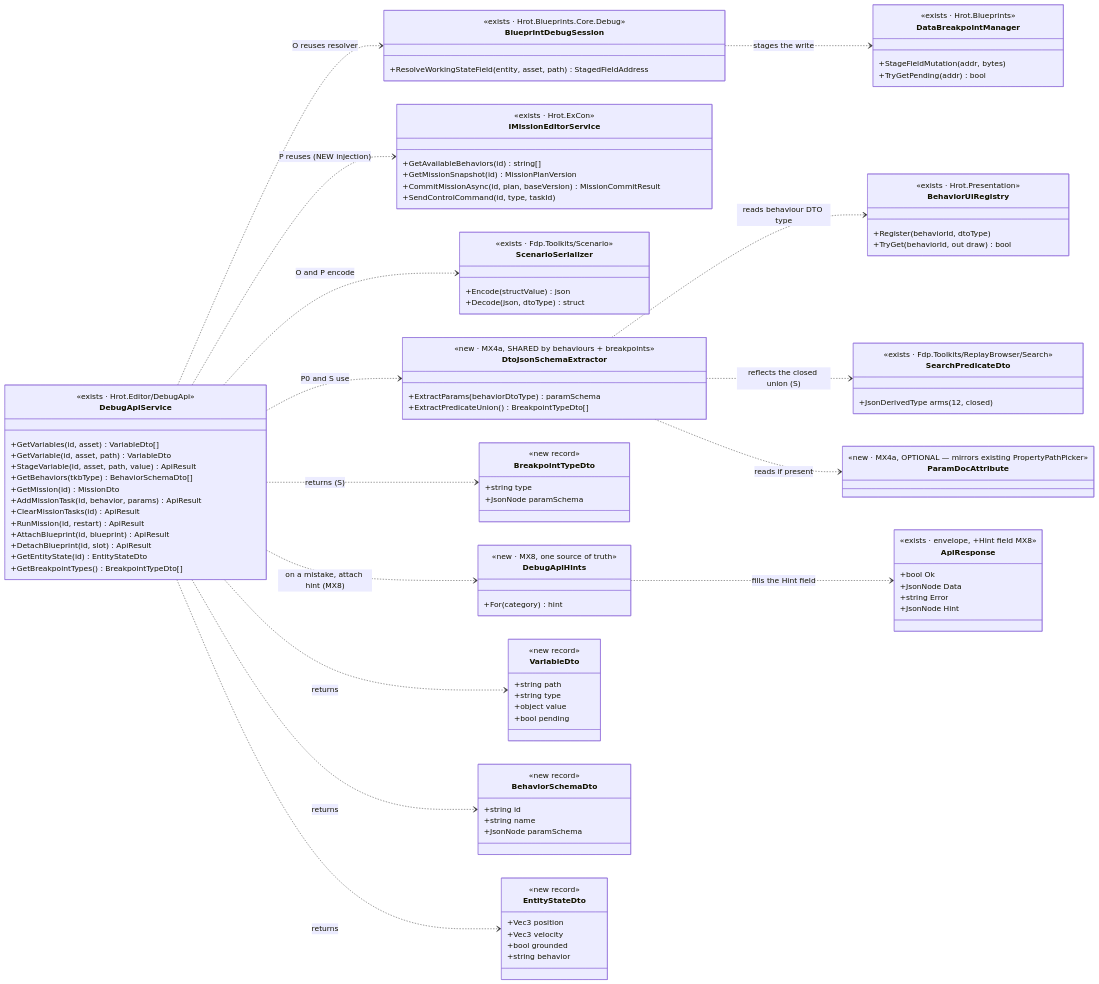
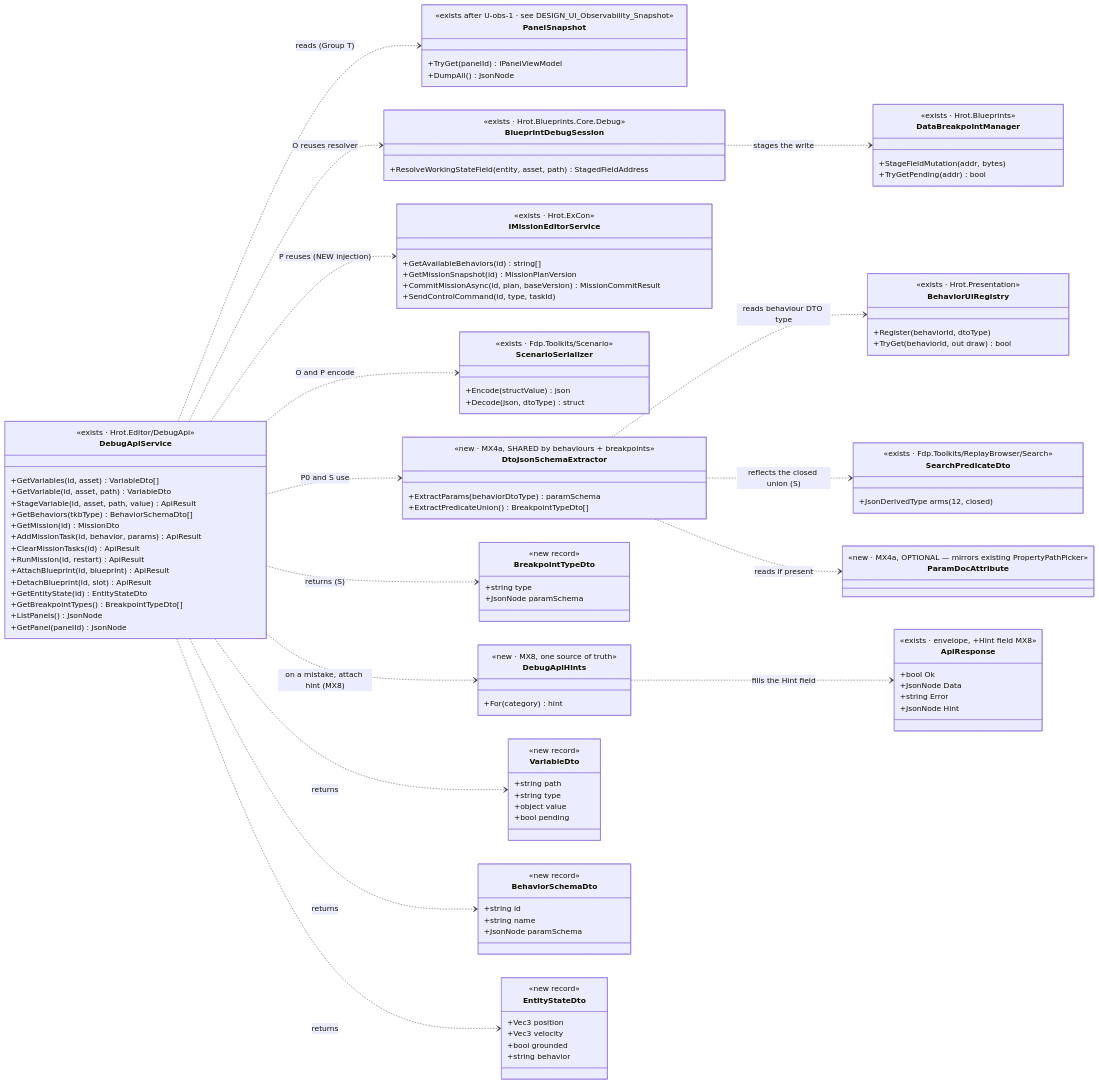
Before and after one commit to pjanec/HROT: the second of 3 diagrams in docs/MCP_Integration.md, drawn with Mermaid. The commit also changed other lines of this file and 2 other files, not shown here.

````diff
--- a/docs/MCP_Integration.md
+++ b/docs/MCP_Integration.md
@@ -292,6 +310,13 @@
         +DetachBlueprint(id, slot) ApiResult
         +GetEntityState(id) EntityStateDto
         +GetBreakpointTypes() BreakpointTypeDto[]
+        +ListPanels() JsonNode
+        +GetPanel(panelId) JsonNode
+    }
+    class PanelSnapshot {
+        <<exists after U-obs-1 · see DESIGN_UI_Observability_Snapshot>>
+        +TryGet(panelId) IPanelViewModel
+        +DumpAll() JsonNode
     }
     class BlueprintDebugSession {
         <<exists · Hrot.Blueprints.Core.Debug>>
@@ -382,4 +407,5 @@
     DebugApiService ..> BreakpointTypeDto : returns (S)
     DebugApiService ..> DebugApiHints : on a mistake, attach hint (MX8)
     DebugApiHints ..> ApiResponse : fills the Hint field
+    DebugApiService ..> PanelSnapshot : reads (Group T)
 ```
````
